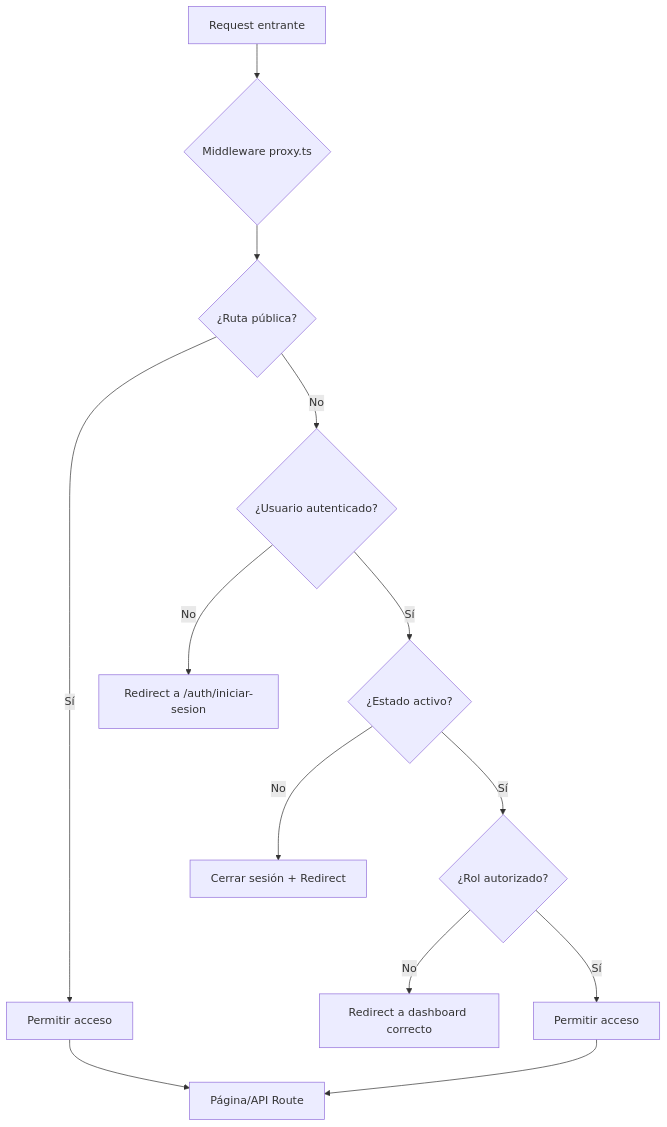
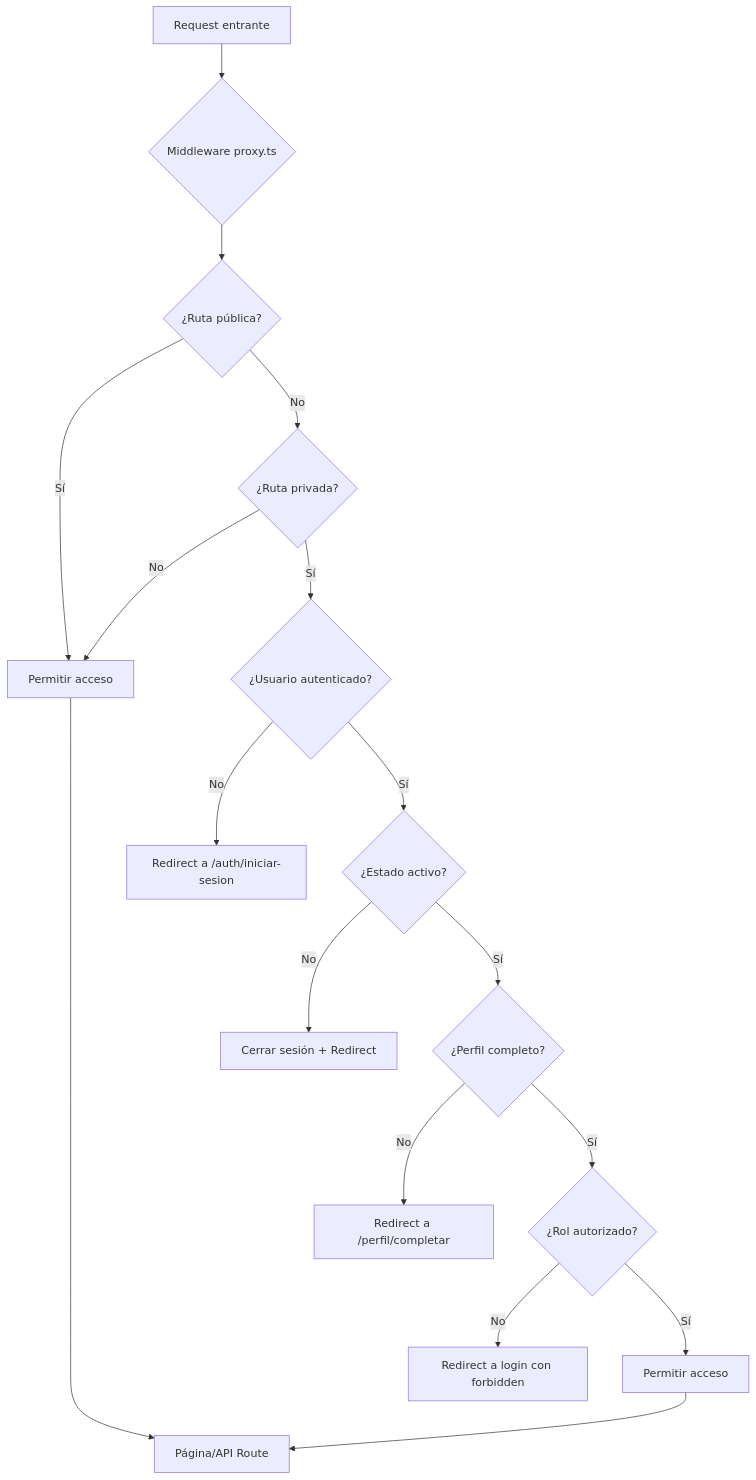
The sixth of 13 diagrams in docs/WORKFLOW.md (mintriago123/tesis_banco_alimentos), drawn with Mermaid before and after one commit. The commit also changed other lines of this file and 4 other files, not shown here.

Commit message:
refactor: actualizar documentación sobre validación de sesión, perfil y rol en APIs y proxy

````diff
--- a/docs/WORKFLOW.md
+++ b/docs/WORKFLOW.md
@@ -426,16 +456,20 @@
 ```mermaid
 graph TD
     A[Request entrante] --> B{Middleware proxy.ts}
     B --> C{¿Ruta pública?}
     C -->|Sí| D[Permitir acceso]
-    C -->|No| E{¿Usuario autenticado?}
-    E -->|No| F[Redirect a /auth/iniciar-sesion]
-    E -->|Sí| G{¿Estado activo?}
+    C -->|No| E{¿Ruta privada?}
+    E -->|No| D
+    E -->|Sí| F{¿Usuario autenticado?}
+    F -->|No| R[Redirect a /auth/iniciar-sesion]
+    F -->|Sí| G{¿Estado activo?}
     G -->|No| H[Cerrar sesión + Redirect]
-    G -->|Sí| I{¿Rol autorizado?}
-    I -->|No| J[Redirect a dashboard correcto]
-    I -->|Sí| K[Permitir acceso]
+    G -->|Sí| I{¿Perfil completo?}
+    I -->|No| M[Redirect a /perfil/completar]
+    I -->|Sí| J{¿Rol autorizado?}
+    J -->|No| N[Redirect a login con forbidden]
+    J -->|Sí| K[Permitir acceso]
     
-    D --> L[Página/API Route]
-    K --> L
+    D --> P[Página/API Route]
+    K --> P
 ```
````
